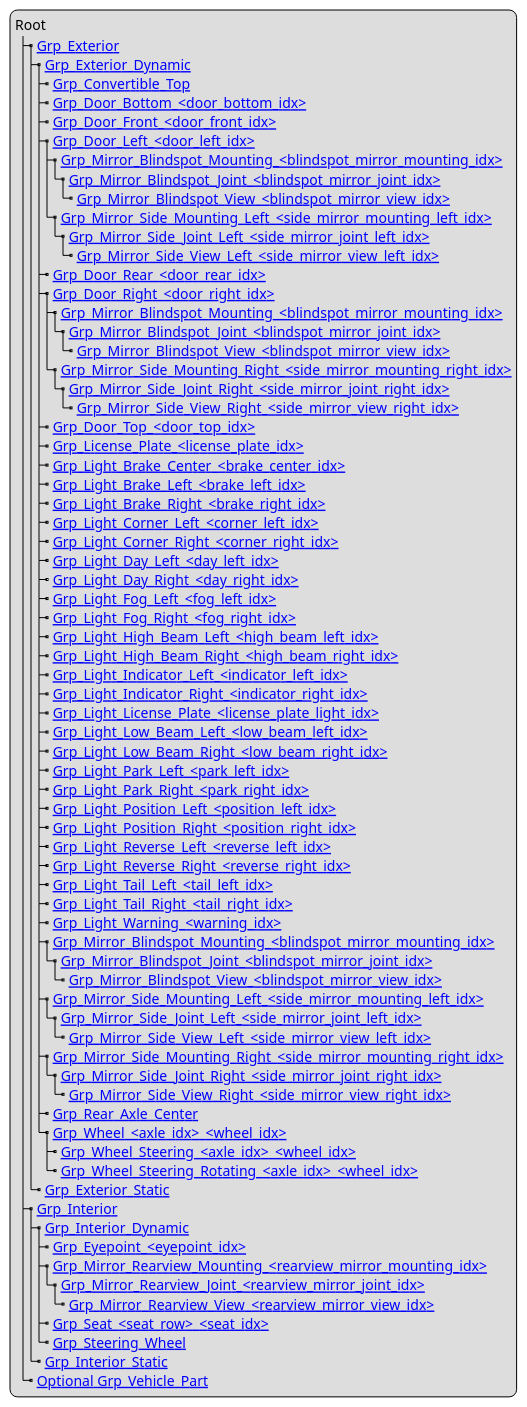
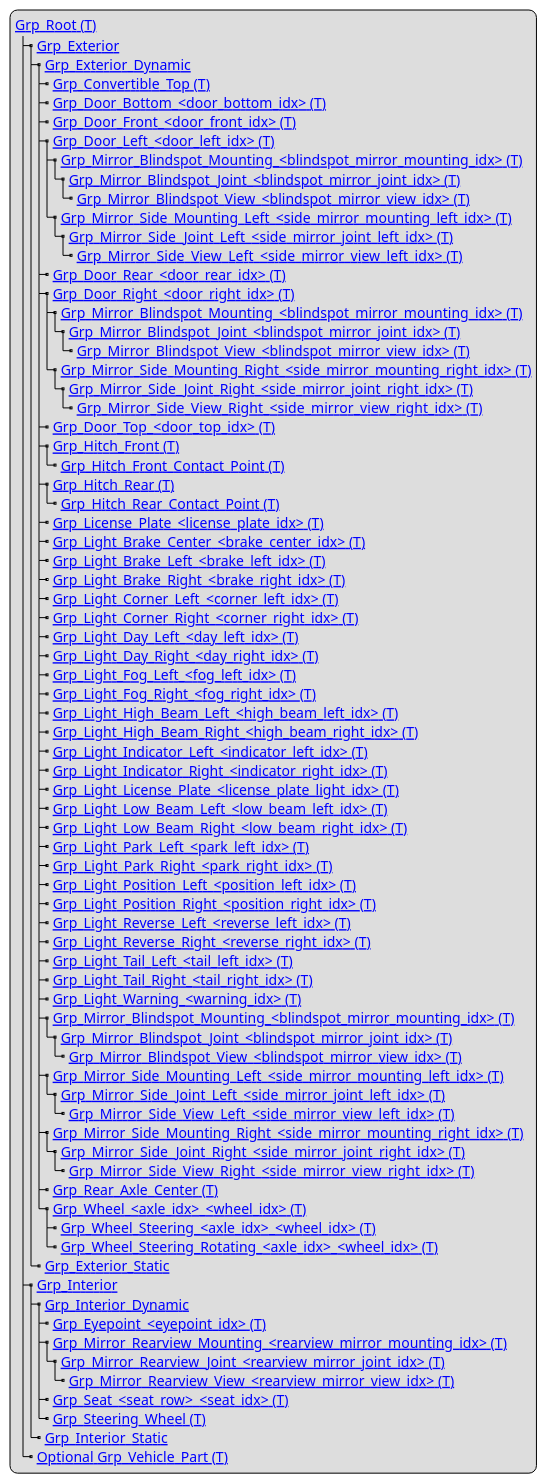
One commit to FKlopfer/OpenMATERIAL changed the diagram in content/geometry/object-vehicle/vehicle-structure.adoc. Above: the diagram before and after it, drawn with PlantUML. The commit also changed other lines of this file, not shown here.

```diff
--- a/content/geometry/object-vehicle/vehicle-structure.adoc
+++ b/content/geometry/object-vehicle/vehicle-structure.adoc
@@ -9,77 +9,81 @@
 [plantuml]
 ----
 legend
-Root
+[[../geometry/object-vehicle/vehicle-index.html#_grp_root_t Grp_Root (T)]]
 |_ [[../geometry/object-vehicle/vehicle-index.html#_grp_exterior Grp_Exterior]]
   |_ [[../geometry/object-vehicle/vehicle-index.html#_grp_exterior_dynamic Grp_Exterior_Dynamic]]
-    |_ [[../geometry/object-vehicle/vehicle-index.html#_grp_convertible_top Grp_Convertible_Top]]
-    |_ [[../geometry/object-vehicle/vehicle-index.html#_grp_door_bottom_door_bottom_idx Grp_Door_Bottom_<door_bottom_idx>]]
-    |_ [[../geometry/object-vehicle/vehicle-index.html#_grp_door_front_door_front_idx Grp_Door_Front_<door_front_idx>]]
-    |_ [[../geometry/object-vehicle/vehicle-index.html#_grp_door_left_door_left_idx Grp_Door_Left_<door_left_idx>]]
-      |_ [[../geometry/object-vehicle/vehicle-index.html#_grp_mirror_blindspot_mounting_blindspot_mirror_mounting_idx Grp_Mirror_Blindspot_Mounting_<blindspot_mirror_mounting_idx>]]
-        |_ [[../geometry/object-vehicle/vehicle-index.html#_grp_mirror_blindspot_joint_blindspot_mirror_joint_idx Grp_Mirror_Blindspot_Joint_<blindspot_mirror_joint_idx>]]
-          |_ [[../geometry/object-vehicle/vehicle-index.html#_grp_mirror_blindspot_view_blindspot_mirror_view_idx Grp_Mirror_Blindspot_View_<blindspot_mirror_view_idx>]]
-      |_ [[../geometry/object-vehicle/vehicle-index.html#_grp_mirror_side_mounting_left_side_mirror_mounting_left_idx Grp_Mirror_Side_Mounting_Left_<side_mirror_mounting_left_idx>]]
-        |_ [[../geometry/object-vehicle/vehicle-index.html#_grp_mirror_side_joint_left_side_mirror_joint_left_idx Grp_Mirror_Side_Joint_Left_<side_mirror_joint_left_idx> ]]
-          |_ [[../geometry/object-vehicle/vehicle-index.html#_grp_mirror_side_view_left_side_mirror_view_left_idx Grp_Mirror_Side_View_Left_<side_mirror_view_left_idx> ]]
-    |_ [[../geometry/object-vehicle/vehicle-index.html#_grp_door_rear_door_rear_idx Grp_Door_Rear_<door_rear_idx>]]
-    |_ [[../geometry/object-vehicle/vehicle-index.html#_grp_door_right_door_right_idx Grp_Door_Right_<door_right_idx>]]
-      |_ [[../geometry/object-vehicle/vehicle-index.html#_grp_mirror_blindspot_mounting_blindspot_mirror_mounting_idx Grp_Mirror_Blindspot_Mounting_<blindspot_mirror_mounting_idx>]]
-        |_ [[../geometry/object-vehicle/vehicle-index.html#_grp_mirror_blindspot_joint_blindspot_mirror_joint_idx Grp_Mirror_Blindspot_Joint_<blindspot_mirror_joint_idx>]]
-          |_ [[../geometry/object-vehicle/vehicle-index.html#_grp_mirror_blindspot_view_blindspot_mirror_view_idx Grp_Mirror_Blindspot_View_<blindspot_mirror_view_idx>]]
-      |_ [[../geometry/object-vehicle/vehicle-index.html#_grp_mirror_side_mounting_right_side_mirror_mounting_right_idx Grp_Mirror_Side_Mounting_Right_<side_mirror_mounting_right_idx>]]
-        |_ [[../geometry/object-vehicle/vehicle-index.html#_grp_mirror_side_joint_right_side_mirror_joint_right_idx Grp_Mirror_Side_Joint_Right_<side_mirror_joint_right_idx> ]]
-          |_ [[../geometry/object-vehicle/vehicle-index.html#_grp_mirror_side_view_right_side_mirror_view_right_idx Grp_Mirror_Side_View_Right_<side_mirror_view_right_idx> ]]
-    |_ [[../geometry/object-vehicle/vehicle-index.html#_grp_door_top_door_top_idx Grp_Door_Top_<door_top_idx>]]
-    |_ [[../geometry/object-vehicle/vehicle-index.html#_grp_license_plate_license_plate_idx Grp_License_Plate_<license_plate_idx>]]
-    |_ [[../geometry/object-vehicle/vehicle-index.html#_grp_light_brake_center_brake_center_idx Grp_Light_Brake_Center_<brake_center_idx>]]
-    |_ [[../geometry/object-vehicle/vehicle-index.html#_grp_light_brake_left_brake_left_idx Grp_Light_Brake_Left_<brake_left_idx>]]
-    |_ [[../geometry/object-vehicle/vehicle-index.html#_grp_light_brake_right_brake_right_idx Grp_Light_Brake_Right_<brake_right_idx>]]
-    |_ [[../geometry/object-vehicle/vehicle-index.html#_grp_light_corner_left_corner_left_idx Grp_Light_Corner_Left_<corner_left_idx>]]
-    |_ [[../geometry/object-vehicle/vehicle-index.html#_grp_light_corner_right_corner_right_idx Grp_Light_Corner_Right_<corner_right_idx>]]
-    |_ [[../geometry/object-vehicle/vehicle-index.html#_grp_light_day_left_day_left_idx Grp_Light_Day_Left_<day_left_idx>]]
-    |_ [[../geometry/object-vehicle/vehicle-index.html#_grp_light_day_right_day_right_idx Grp_Light_Day_Right_<day_right_idx>]]
-    |_ [[../geometry/object-vehicle/vehicle-index.html#_grp_light_fog_left_fog_left_idx Grp_Light_Fog_Left_<fog_left_idx>]]
-    |_ [[../geometry/object-vehicle/vehicle-index.html#_grp_light_fog_right_fog_right_idx Grp_Light_Fog_Right_<fog_right_idx>]]
-    |_ [[../geometry/object-vehicle/vehicle-index.html#_grp_light_high_beam_left_high_beam_left_idx Grp_Light_High_Beam_Left_<high_beam_left_idx>]]
-    |_ [[../geometry/object-vehicle/vehicle-index.html#_grp_light_high_beam_right_high_beam_right_idx Grp_Light_High_Beam_Right_<high_beam_right_idx>]]
-    |_ [[../geometry/object-vehicle/vehicle-index.html#_grp_light_indicator_left_indicator_left_idx Grp_Light_Indicator_Left_<indicator_left_idx>]]
-    |_ [[../geometry/object-vehicle/vehicle-index.html#_grp_light_indicator_right_indicator_right_idx Grp_Light_Indicator_Right_<indicator_right_idx>]]
-    |_ [[../geometry/object-vehicle/vehicle-index.html#_grp_light_license_plate_license_plate_light_idx Grp_Light_License_Plate_<license_plate_light_idx>]]
-    |_ [[../geometry/object-vehicle/vehicle-index.html#_grp_light_low_beam_left_low_beam_left_idx Grp_Light_Low_Beam_Left_<low_beam_left_idx>]]
-    |_ [[../geometry/object-vehicle/vehicle-index.html#_grp_light_low_beam_right_low_beam_right_idx Grp_Light_Low_Beam_Right_<low_beam_right_idx>]]
-    |_ [[../geometry/object-vehicle/vehicle-index.html#_grp_light_park_left_park_left_idx Grp_Light_Park_Left_<park_left_idx>]]
-    |_ [[../geometry/object-vehicle/vehicle-index.html#_grp_light_park_right_park_right_idx Grp_Light_Park_Right_<park_right_idx> ]]
-    |_ [[../geometry/object-vehicle/vehicle-index.html#_grp_light_position_left_position_left_idx Grp_Light_Position_Left_<position_left_idx>]]
-    |_ [[../geometry/object-vehicle/vehicle-index.html#_grp_light_position_right_position_right_idx Grp_Light_Position_Right_<position_right_idx>]]
-    |_ [[../geometry/object-vehicle/vehicle-index.html#_grp_light_reverse_left_reverse_left_idx Grp_Light_Reverse_Left_<reverse_left_idx>]]
-    |_ [[../geometry/object-vehicle/vehicle-index.html#_grp_light_reverse_right_reverse_right_idx Grp_Light_Reverse_Right_<reverse_right_idx>]]
-    |_ [[../geometry/object-vehicle/vehicle-index.html#_grp_light_tail_left_tail_left_idx Grp_Light_Tail_Left_<tail_left_idx>]]
-    |_ [[../geometry/object-vehicle/vehicle-index.html#_grp_light_tail_right_tail_right_idx Grp_Light_Tail_Right_<tail_right_idx>]]
-    |_ [[../geometry/object-vehicle/vehicle-index.html#_grp_light_warning_warning_idx Grp_Light_Warning_<warning_idx>]]
-    |_ [[../geometry/object-vehicle/vehicle-index.html#_grp_mirror_blindspot_mounting_blindspot_mirror_mounting_idx Grp_Mirror_Blindspot_Mounting_<blindspot_mirror_mounting_idx>]]
-      |_ [[../geometry/object-vehicle/vehicle-index.html#_grp_mirror_blindspot_joint_blindspot_mirror_joint_idx Grp_Mirror_Blindspot_Joint_<blindspot_mirror_joint_idx>]]
-        |_ [[../geometry/object-vehicle/vehicle-index.html#_grp_mirror_blindspot_view_blindspot_mirror_view_idx Grp_Mirror_Blindspot_View_<blindspot_mirror_view_idx>]]
-    |_ [[../geometry/object-vehicle/vehicle-index.html#_grp_mirror_side_mounting_left_side_mirror_mounting_left_idx Grp_Mirror_Side_Mounting_Left_<side_mirror_mounting_left_idx>]]
-      |_ [[../geometry/object-vehicle/vehicle-index.html#_grp_mirror_side_joint_left_side_mirror_joint_left_idx Grp_Mirror_Side_Joint_Left_<side_mirror_joint_left_idx> ]]
-        |_ [[../geometry/object-vehicle/vehicle-index.html#_grp_mirror_side_view_left_side_mirror_view_left_idx Grp_Mirror_Side_View_Left_<side_mirror_view_left_idx> ]]
-    |_ [[../geometry/object-vehicle/vehicle-index.html#_grp_mirror_side_mounting_right_side_mirror_mounting_right_idx Grp_Mirror_Side_Mounting_Right_<side_mirror_mounting_right_idx>]]
-      |_ [[../geometry/object-vehicle/vehicle-index.html#_grp_mirror_side_joint_right_side_mirror_joint_right_idx Grp_Mirror_Side_Joint_Right_<side_mirror_joint_right_idx> ]]
-        |_ [[../geometry/object-vehicle/vehicle-index.html#_grp_mirror_side_view_right_side_mirror_view_right_idx Grp_Mirror_Side_View_Right_<side_mirror_view_right_idx> ]]
-    |_ [[../geometry/object-vehicle/vehicle-index.html#_grp_rear_axle_center Grp_Rear_Axle_Center]]
-    |_ [[../geometry/object-vehicle/vehicle-index.html#_grp_wheel_axle_idx_wheel_idx Grp_Wheel_<axle_idx>_<wheel_idx>]]
-      |_ [[../geometry/object-vehicle/vehicle-index.html#_grp_wheel_steering_axle_idx_wheel_idx Grp_Wheel_Steering_<axle_idx>_<wheel_idx>]]
-      |_ [[../geometry/object-vehicle/vehicle-index.html#_grp_wheel_steering_rotating_axle_idx_wheel_idx Grp_Wheel_Steering_Rotating_<axle_idx>_<wheel_idx>]]
+    |_ [[../geometry/object-vehicle/vehicle-index.html#_grp_convertible_top Grp_Convertible_Top (T)]]
+    |_ [[../geometry/object-vehicle/vehicle-index.html#_grp_door_bottom_door_bottom_idx Grp_Door_Bottom_<door_bottom_idx> (T)]]
+    |_ [[../geometry/object-vehicle/vehicle-index.html#_grp_door_front_door_front_idx Grp_Door_Front_<door_front_idx> (T)]]
+    |_ [[../geometry/object-vehicle/vehicle-index.html#_grp_door_left_door_left_idx Grp_Door_Left_<door_left_idx> (T)]]
+      |_ [[../geometry/object-vehicle/vehicle-index.html#_grp_mirror_blindspot_mounting_blindspot_mirror_mounting_idx Grp_Mirror_Blindspot_Mounting_<blindspot_mirror_mounting_idx> (T)]]
+        |_ [[../geometry/object-vehicle/vehicle-index.html#_grp_mirror_blindspot_joint_blindspot_mirror_joint_idx Grp_Mirror_Blindspot_Joint_<blindspot_mirror_joint_idx> (T)]]
+          |_ [[../geometry/object-vehicle/vehicle-index.html#_grp_mirror_blindspot_view_blindspot_mirror_view_idx Grp_Mirror_Blindspot_View_<blindspot_mirror_view_idx> (T)]]
+      |_ [[../geometry/object-vehicle/vehicle-index.html#_grp_mirror_side_mounting_left_side_mirror_mounting_left_idx Grp_Mirror_Side_Mounting_Left_<side_mirror_mounting_left_idx> (T)]]
+        |_ [[../geometry/object-vehicle/vehicle-index.html#_grp_mirror_side_joint_left_side_mirror_joint_left_idx Grp_Mirror_Side_Joint_Left_<side_mirror_joint_left_idx>  (T)]]
+          |_ [[../geometry/object-vehicle/vehicle-index.html#_grp_mirror_side_view_left_side_mirror_view_left_idx Grp_Mirror_Side_View_Left_<side_mirror_view_left_idx>  (T)]]
+    |_ [[../geometry/object-vehicle/vehicle-index.html#_grp_door_rear_door_rear_idx Grp_Door_Rear_<door_rear_idx> (T)]]
+    |_ [[../geometry/object-vehicle/vehicle-index.html#_grp_door_right_door_right_idx Grp_Door_Right_<door_right_idx> (T)]]
+      |_ [[../geometry/object-vehicle/vehicle-index.html#_grp_mirror_blindspot_mounting_blindspot_mirror_mounting_idx Grp_Mirror_Blindspot_Mounting_<blindspot_mirror_mounting_idx> (T)]]
+        |_ [[../geometry/object-vehicle/vehicle-index.html#_grp_mirror_blindspot_joint_blindspot_mirror_joint_idx Grp_Mirror_Blindspot_Joint_<blindspot_mirror_joint_idx> (T)]]
+          |_ [[../geometry/object-vehicle/vehicle-index.html#_grp_mirror_blindspot_view_blindspot_mirror_view_idx Grp_Mirror_Blindspot_View_<blindspot_mirror_view_idx> (T)]]
+      |_ [[../geometry/object-vehicle/vehicle-index.html#_grp_mirror_side_mounting_right_side_mirror_mounting_right_idx Grp_Mirror_Side_Mounting_Right_<side_mirror_mounting_right_idx> (T)]]
+        |_ [[../geometry/object-vehicle/vehicle-index.html#_grp_mirror_side_joint_right_side_mirror_joint_right_idx Grp_Mirror_Side_Joint_Right_<side_mirror_joint_right_idx>  (T)]]
+          |_ [[../geometry/object-vehicle/vehicle-index.html#_grp_mirror_side_view_right_side_mirror_view_right_idx Grp_Mirror_Side_View_Right_<side_mirror_view_right_idx>  (T)]]
+    |_ [[../geometry/object-vehicle/vehicle-index.html#_grp_door_top_door_top_idx Grp_Door_Top_<door_top_idx> (T)]]
+    |_ [[../geometry/object-vehicle/vehicle-index.html#_grp_hitch_front Grp_Hitch_Front (T)]]
+      |_ [[../geometry/object-vehicle/vehicle-index.html#_grp_hitch_front_contact_point Grp_Hitch_Front_Contact_Point (T)]]
+    |_ [[../geometry/object-vehicle/vehicle-index.html#_grp_hitch_rear Grp_Hitch_Rear (T)]]
+      |_ [[../geometry/object-vehicle/vehicle-index.html#_grp_hitch_rear_contact_point Grp_Hitch_Rear_Contact_Point (T)]]
+    |_ [[../geometry/object-vehicle/vehicle-index.html#_grp_license_plate_license_plate_idx Grp_License_Plate_<license_plate_idx> (T)]]
+    |_ [[../geometry/object-vehicle/vehicle-index.html#_grp_light_brake_center_brake_center_idx Grp_Light_Brake_Center_<brake_center_idx> (T)]]
+    |_ [[../geometry/object-vehicle/vehicle-index.html#_grp_light_brake_left_brake_left_idx Grp_Light_Brake_Left_<brake_left_idx> (T)]]
+    |_ [[../geometry/object-vehicle/vehicle-index.html#_grp_light_brake_right_brake_right_idx Grp_Light_Brake_Right_<brake_right_idx> (T)]]
+    |_ [[../geometry/object-vehicle/vehicle-index.html#_grp_light_corner_left_corner_left_idx Grp_Light_Corner_Left_<corner_left_idx> (T)]]
+    |_ [[../geometry/object-vehicle/vehicle-index.html#_grp_light_corner_right_corner_right_idx Grp_Light_Corner_Right_<corner_right_idx> (T)]]
+    |_ [[../geometry/object-vehicle/vehicle-index.html#_grp_light_day_left_day_left_idx Grp_Light_Day_Left_<day_left_idx> (T)]]
+    |_ [[../geometry/object-vehicle/vehicle-index.html#_grp_light_day_right_day_right_idx Grp_Light_Day_Right_<day_right_idx> (T)]]
+    |_ [[../geometry/object-vehicle/vehicle-index.html#_grp_light_fog_left_fog_left_idx Grp_Light_Fog_Left_<fog_left_idx> (T)]]
+    |_ [[../geometry/object-vehicle/vehicle-index.html#_grp_light_fog_right_fog_right_idx Grp_Light_Fog_Right_<fog_right_idx> (T)]]
+    |_ [[../geometry/object-vehicle/vehicle-index.html#_grp_light_high_beam_left_high_beam_left_idx Grp_Light_High_Beam_Left_<high_beam_left_idx> (T)]]
+    |_ [[../geometry/object-vehicle/vehicle-index.html#_grp_light_high_beam_right_high_beam_right_idx Grp_Light_High_Beam_Right_<high_beam_right_idx> (T)]]
+    |_ [[../geometry/object-vehicle/vehicle-index.html#_grp_light_indicator_left_indicator_left_idx Grp_Light_Indicator_Left_<indicator_left_idx> (T)]]
+    |_ [[../geometry/object-vehicle/vehicle-index.html#_grp_light_indicator_right_indicator_right_idx Grp_Light_Indicator_Right_<indicator_right_idx> (T)]]
+    |_ [[../geometry/object-vehicle/vehicle-index.html#_grp_light_license_plate_license_plate_light_idx Grp_Light_License_Plate_<license_plate_light_idx> (T)]]
+    |_ [[../geometry/object-vehicle/vehicle-index.html#_grp_light_low_beam_left_low_beam_left_idx Grp_Light_Low_Beam_Left_<low_beam_left_idx> (T)]]
+    |_ [[../geometry/object-vehicle/vehicle-index.html#_grp_light_low_beam_right_low_beam_right_idx Grp_Light_Low_Beam_Right_<low_beam_right_idx> (T)]]
+    |_ [[../geometry/object-vehicle/vehicle-index.html#_grp_light_park_left_park_left_idx Grp_Light_Park_Left_<park_left_idx> (T)]]
+    |_ [[../geometry/object-vehicle/vehicle-index.html#_grp_light_park_right_park_right_idx Grp_Light_Park_Right_<park_right_idx>  (T)]]
+    |_ [[../geometry/object-vehicle/vehicle-index.html#_grp_light_position_left_position_left_idx Grp_Light_Position_Left_<position_left_idx> (T)]]
+    |_ [[../geometry/object-vehicle/vehicle-index.html#_grp_light_position_right_position_right_idx Grp_Light_Position_Right_<position_right_idx> (T)]]
+    |_ [[../geometry/object-vehicle/vehicle-index.html#_grp_light_reverse_left_reverse_left_idx Grp_Light_Reverse_Left_<reverse_left_idx> (T)]]
+    |_ [[../geometry/object-vehicle/vehicle-index.html#_grp_light_reverse_right_reverse_right_idx Grp_Light_Reverse_Right_<reverse_right_idx> (T)]]
+    |_ [[../geometry/object-vehicle/vehicle-index.html#_grp_light_tail_left_tail_left_idx Grp_Light_Tail_Left_<tail_left_idx> (T)]]
+    |_ [[../geometry/object-vehicle/vehicle-index.html#_grp_light_tail_right_tail_right_idx Grp_Light_Tail_Right_<tail_right_idx> (T)]]
+    |_ [[../geometry/object-vehicle/vehicle-index.html#_grp_light_warning_warning_idx Grp_Light_Warning_<warning_idx> (T)]]
+    |_ [[../geometry/object-vehicle/vehicle-index.html#_grp_mirror_blindspot_mounting_blindspot_mirror_mounting_idx Grp_Mirror_Blindspot_Mounting_<blindspot_mirror_mounting_idx> (T)]]
+      |_ [[../geometry/object-vehicle/vehicle-index.html#_grp_mirror_blindspot_joint_blindspot_mirror_joint_idx Grp_Mirror_Blindspot_Joint_<blindspot_mirror_joint_idx> (T)]]
+        |_ [[../geometry/object-vehicle/vehicle-index.html#_grp_mirror_blindspot_view_blindspot_mirror_view_idx Grp_Mirror_Blindspot_View_<blindspot_mirror_view_idx> (T)]]
+    |_ [[../geometry/object-vehicle/vehicle-index.html#_grp_mirror_side_mounting_left_side_mirror_mounting_left_idx Grp_Mirror_Side_Mounting_Left_<side_mirror_mounting_left_idx> (T)]]
+      |_ [[../geometry/object-vehicle/vehicle-index.html#_grp_mirror_side_joint_left_side_mirror_joint_left_idx Grp_Mirror_Side_Joint_Left_<side_mirror_joint_left_idx>  (T)]]
+        |_ [[../geometry/object-vehicle/vehicle-index.html#_grp_mirror_side_view_left_side_mirror_view_left_idx Grp_Mirror_Side_View_Left_<side_mirror_view_left_idx>  (T)]]
+    |_ [[../geometry/object-vehicle/vehicle-index.html#_grp_mirror_side_mounting_right_side_mirror_mounting_right_idx Grp_Mirror_Side_Mounting_Right_<side_mirror_mounting_right_idx> (T)]]
+      |_ [[../geometry/object-vehicle/vehicle-index.html#_grp_mirror_side_joint_right_side_mirror_joint_right_idx Grp_Mirror_Side_Joint_Right_<side_mirror_joint_right_idx>  (T)]]
+        |_ [[../geometry/object-vehicle/vehicle-index.html#_grp_mirror_side_view_right_side_mirror_view_right_idx Grp_Mirror_Side_View_Right_<side_mirror_view_right_idx>  (T)]]
+    |_ [[../geometry/object-vehicle/vehicle-index.html#_grp_rear_axle_center Grp_Rear_Axle_Center (T)]]
+    |_ [[../geometry/object-vehicle/vehicle-index.html#_grp_wheel_axle_idx_wheel_idx Grp_Wheel_<axle_idx>_<wheel_idx> (T)]]
+      |_ [[../geometry/object-vehicle/vehicle-index.html#_grp_wheel_steering_axle_idx_wheel_idx Grp_Wheel_Steering_<axle_idx>_<wheel_idx> (T)]]
+      |_ [[../geometry/object-vehicle/vehicle-index.html#_grp_wheel_steering_rotating_axle_idx_wheel_idx Grp_Wheel_Steering_Rotating_<axle_idx>_<wheel_idx> (T)]]
   |_ [[../geometry/object-vehicle/vehicle-index.html#_grp_exterior_static Grp_Exterior_Static]]
 |_ [[../geometry/object-vehicle/vehicle-index.html#_grp_interior Grp_Interior]]
   |_ [[../geometry/object-vehicle/vehicle-index.html#_grp_interior_dynamic Grp_Interior_Dynamic]]
-    |_ [[../geometry/object-vehicle/vehicle-index.html#_grp_eyepoint_eyepoint_idx Grp_Eyepoint_<eyepoint_idx>]]
-    |_ [[../geometry/object-vehicle/vehicle-index.html#_grp_mirror_rearview_mounting_rearview_mirror_mounting_idx Grp_Mirror_Rearview_Mounting_<rearview_mirror_mounting_idx>]]
-      |_ [[../geometry/object-vehicle/vehicle-index.html#_grp_mirror_rearview_joint_rearview_mirror_joint_idx Grp_Mirror_Rearview_Joint_<rearview_mirror_joint_idx>]]
-        |_ [[../geometry/object-vehicle/vehicle-index.html#_grp_mirror_rearview_view_rearview_mirror_view_idx Grp_Mirror_Rearview_View_<rearview_mirror_view_idx>]]
-    |_ [[../geometry/object-vehicle/vehicle-index.html#_grp_seat_seat_row_seat_idx Grp_Seat_<seat_row>_<seat_idx>]]
-    |_ [[../geometry/object-vehicle/vehicle-index.html#_grp_steering_wheel Grp_Steering_Wheel]]
+    |_ [[../geometry/object-vehicle/vehicle-index.html#_grp_eyepoint_eyepoint_idx Grp_Eyepoint_<eyepoint_idx> (T)]]
+    |_ [[../geometry/object-vehicle/vehicle-index.html#_grp_mirror_rearview_mounting_rearview_mirror_mounting_idx Grp_Mirror_Rearview_Mounting_<rearview_mirror_mounting_idx> (T)]]
+      |_ [[../geometry/object-vehicle/vehicle-index.html#_grp_mirror_rearview_joint_rearview_mirror_joint_idx Grp_Mirror_Rearview_Joint_<rearview_mirror_joint_idx> (T)]]
+        |_ [[../geometry/object-vehicle/vehicle-index.html#_grp_mirror_rearview_view_rearview_mirror_view_idx Grp_Mirror_Rearview_View_<rearview_mirror_view_idx> (T)]]
+    |_ [[../geometry/object-vehicle/vehicle-index.html#_grp_seat_seat_row_seat_idx Grp_Seat_<seat_row>_<seat_idx> (T)]]
+    |_ [[../geometry/object-vehicle/vehicle-index.html#_grp_steering_wheel Grp_Steering_Wheel (T)]]
   |_ [[../geometry/object-vehicle/vehicle-index.html#_grp_interior_static Grp_Interior_Static]]
-|_ [[../geometry/object-vehicle/vehicle-index.html#_grp_vehicle_part Optional Grp_Vehicle_Part]]
+|_ [[../geometry/object-vehicle/vehicle-index.html#_grp_vehicle_part Optional Grp_Vehicle_Part (T)]]
 end legend
 ----
```
